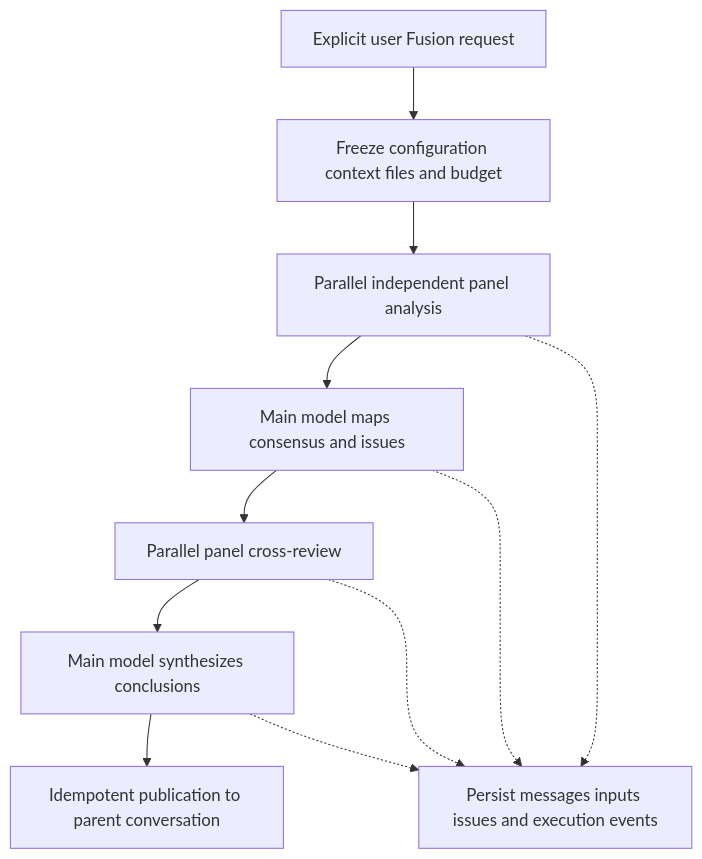
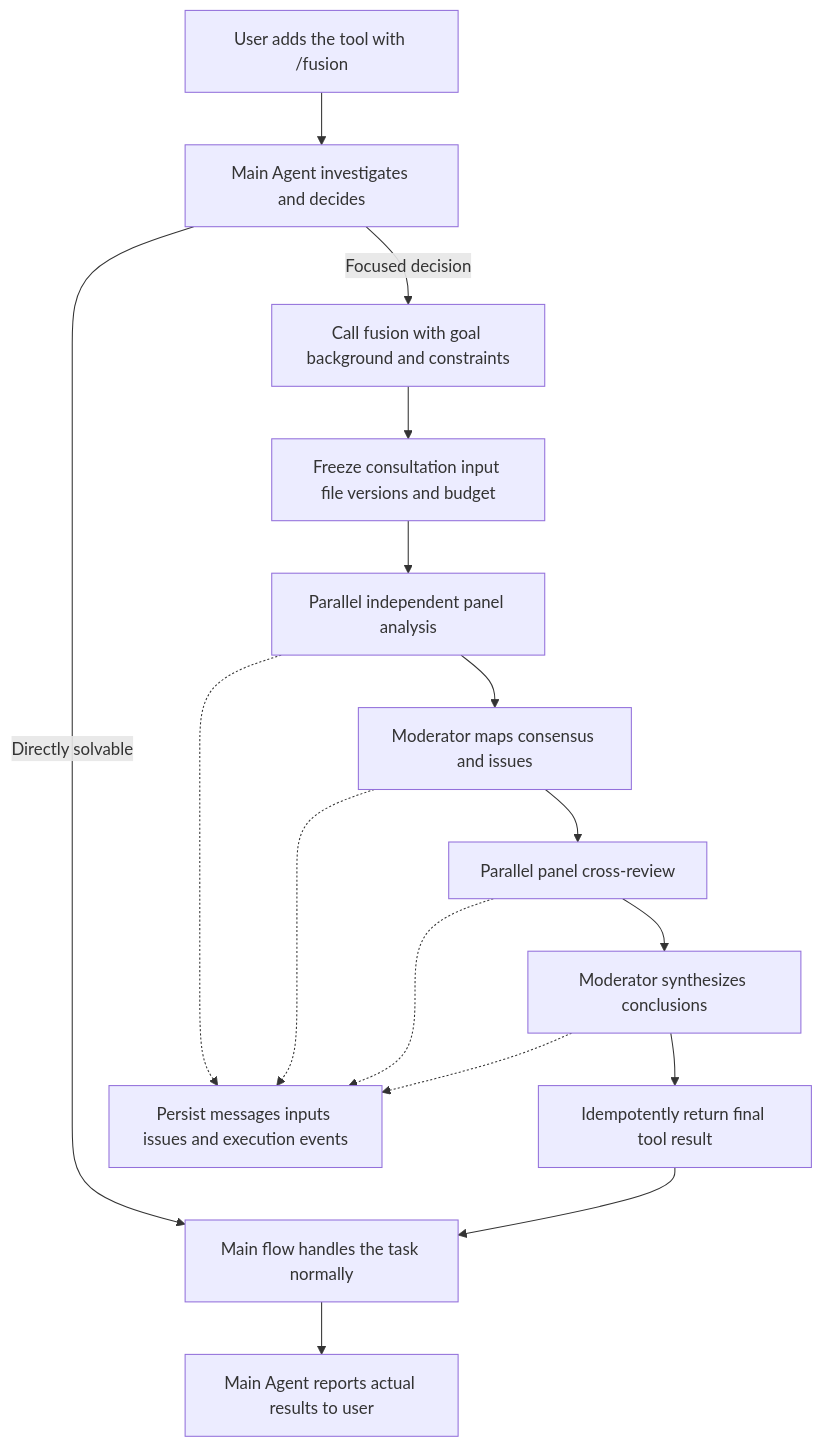
Before and after one commit to futuregene/future-os: the diagram in docs/architecture/fusion.md, drawn with Mermaid. The commit also changed other lines of this file and 3 other files, not shown here.

Commit message:
docs(fusion): adopt focused thinking tool with slash activation

````diff
--- a/docs/architecture/fusion.md
+++ b/docs/architecture/fusion.md
@@ -40,13 +95,18 @@
 ```mermaid
 flowchart TD
-    U[Explicit user Fusion request] --> S[Freeze configuration context files and budget]
+    U[User adds the tool with /fusion] --> O[Main Agent investigates and decides]
+    O -->|Directly solvable| E[Main flow handles the task normally]
+    O -->|Focused decision| T[Call fusion with goal background and constraints]
+    T --> S[Freeze consultation input file versions and budget]
     S --> A[Parallel independent panel analysis]
-    A --> I[Main model maps consensus and issues]
+    A --> I[Moderator maps consensus and issues]
     I --> R[Parallel panel cross-review]
-    R --> F[Main model synthesizes conclusions]
-    F --> P[Idempotent publication to parent conversation]
+    R --> F[Moderator synthesizes conclusions]
+    F --> P[Idempotently return final tool result]
+    P --> E
+    E --> Z[Main Agent reports actual results to user]
     A -.-> D[Persist messages inputs issues and execution events]
     I -.-> D
     R -.-> D
     F -.-> D
 ```
````
